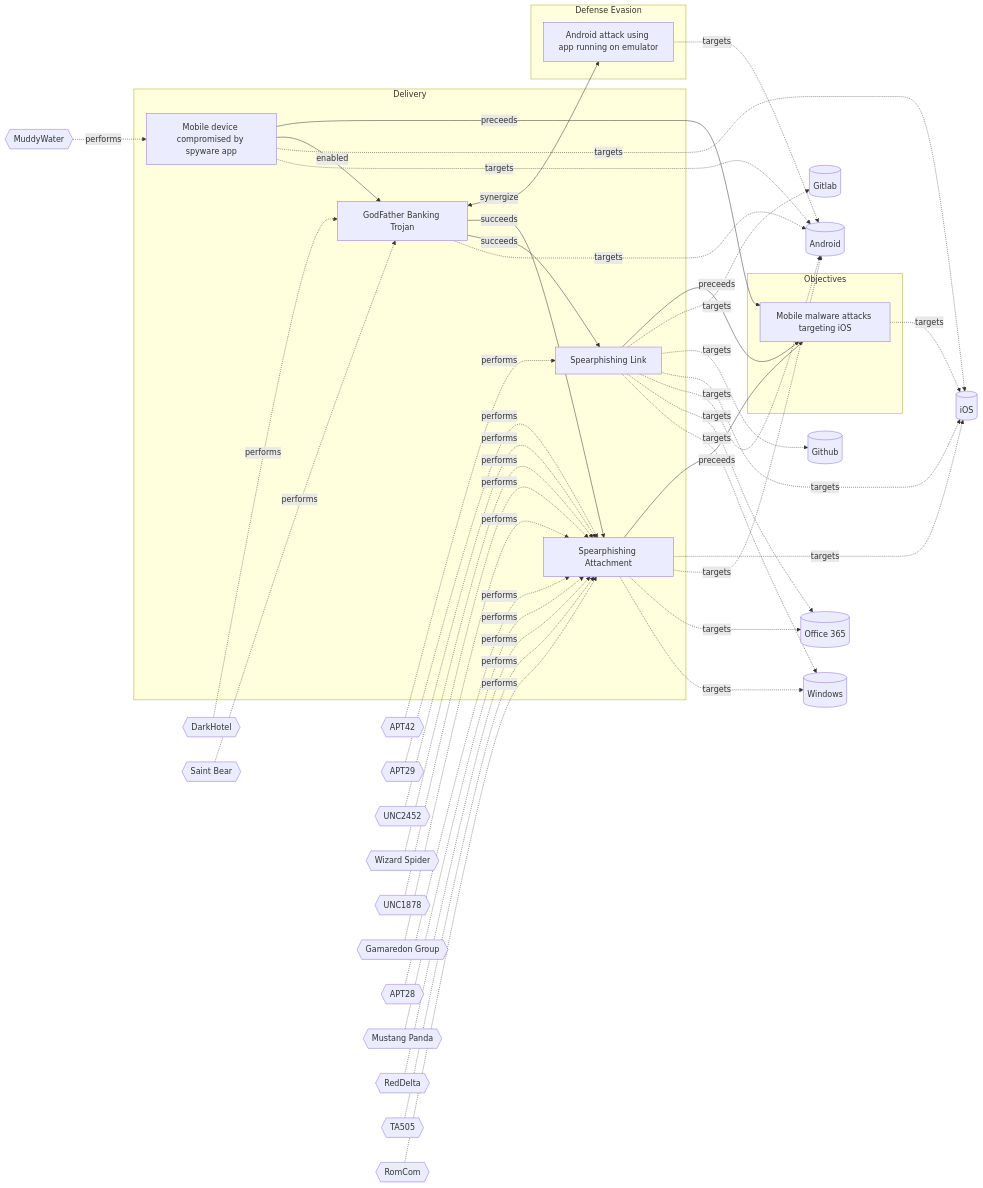
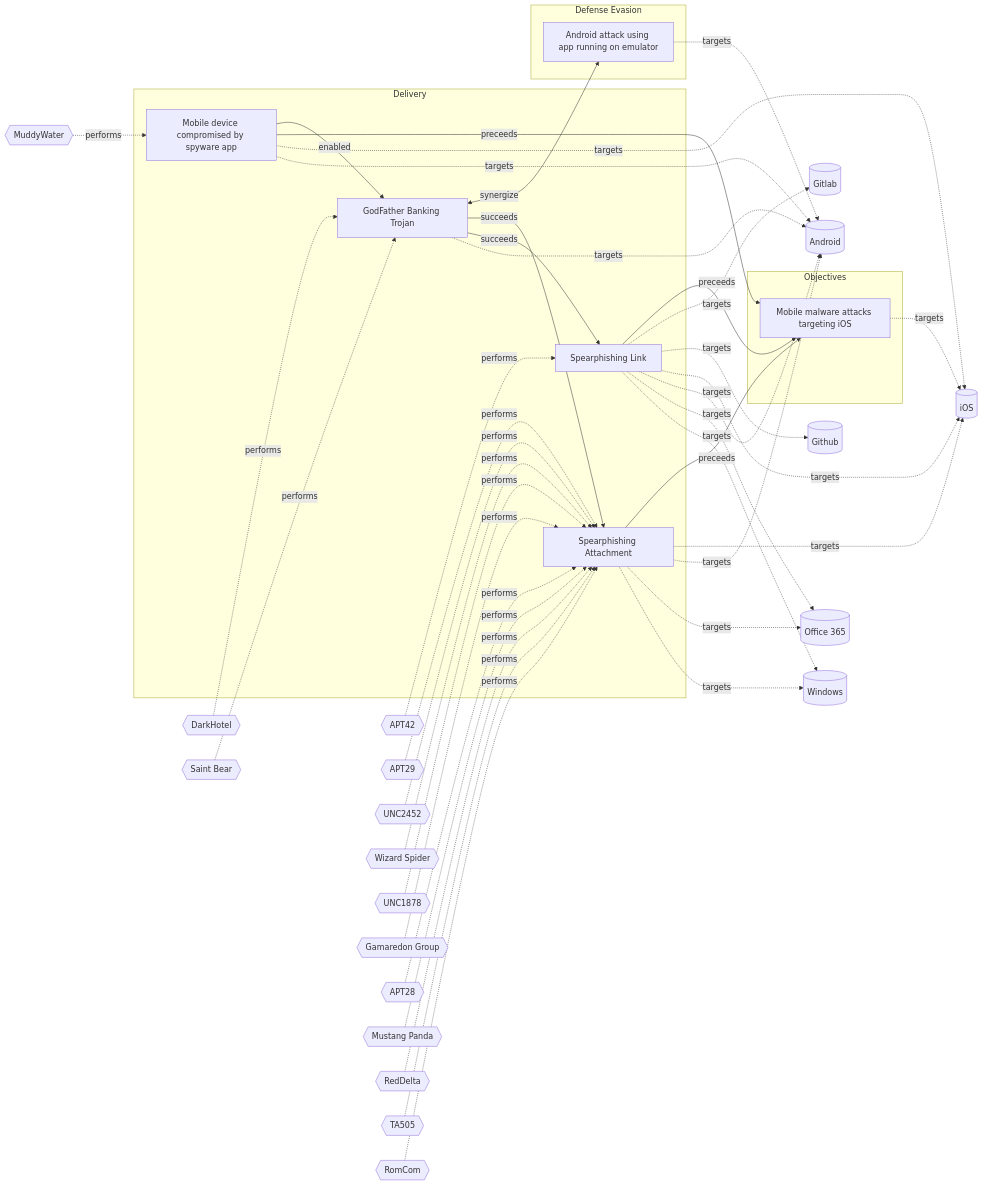
The diagram in Models/Threat Vectors/☣️ Mobile device compromised by spyware app.md (OpenTideHQ/WikiTide), drawn with Mermaid before and after one commit. The commit also changed other lines of this file and 37 other files, not shown here.

````diff
--- a/Models/Threat Vectors/☣️ Mobile device compromised by spyware app.md
+++ b/Models/Threat Vectors/☣️ Mobile device compromised by spyware app.md
@@ -76,34 +76,32 @@
 
 flowchart LR
 
-46a79e6f-3df1-4332-a452-3f1fe83bdaf3[GodFather Banking Trojan]
+ef4ba2bf-dfcb-4b70-8f45-7625baeb96d0[Mobile malware attacks targeting iOS]
 99c78650-8e19-4756-90fb-2573242577ca[Mobile device compromised by spyware app]
 1a68b5eb-0112-424d-a21f-88dda0b6b8df[Spearphishing Link]
 dd5d942c-bac4-4000-b9a6-ca4fef6cfb84[Spearphishing Attachment]
+46a79e6f-3df1-4332-a452-3f1fe83bdaf3[GodFather Banking Trojan]
 4a4a7c81-ca98-4761-8f23-7ef6354e9d1c[Android attack using app running on emulator]
-ef4ba2bf-dfcb-4b70-8f45-7625baeb96d0[Mobile malware attacks targeting iOS]
 
+subgraph Objectives
+ef4ba2bf-dfcb-4b70-8f45-7625baeb96d0
+end
 subgraph Delivery
-46a79e6f-3df1-4332-a452-3f1fe83bdaf3
 99c78650-8e19-4756-90fb-2573242577ca
 1a68b5eb-0112-424d-a21f-88dda0b6b8df
 dd5d942c-bac4-4000-b9a6-ca4fef6cfb84
+46a79e6f-3df1-4332-a452-3f1fe83bdaf3
 end
 subgraph Defense Evasion
 4a4a7c81-ca98-4761-8f23-7ef6354e9d1c
 end
-subgraph Objectives
-ef4ba2bf-dfcb-4b70-8f45-7625baeb96d0
-end
 
+iOS[(iOS)]
 Android[(Android)]
-iOS[(iOS)]
 Windows[(Windows)]
 Office365[(Office 365)]
 Github[(Github)]
 Gitlab[(Gitlab)]
-DarkHotel{{DarkHotel}}
-SaintBear{{Saint Bear}}
 MuddyWater{{MuddyWater}}
 APT42{{APT42}}
 APT29{{APT29}}
@@ -116,8 +114,10 @@
 RedDelta{{RedDelta}}
 TA505{{TA505}}
 RomCom{{RomCom}}
+DarkHotel{{DarkHotel}}
+SaintBear{{Saint Bear}}
 
-46a79e6f-3df1-4332-a452-3f1fe83bdaf3 -.->|targets| Android
+ef4ba2bf-dfcb-4b70-8f45-7625baeb96d0 -.->|targets| iOS
 99c78650-8e19-4756-90fb-2573242577ca -.->|targets| Android
 99c78650-8e19-4756-90fb-2573242577ca -.->|targets| iOS
 1a68b5eb-0112-424d-a21f-88dda0b6b8df -.->|targets| Windows
@@ -130,10 +130,8 @@
 dd5d942c-bac4-4000-b9a6-ca4fef6cfb84 -.->|targets| Office365
 dd5d942c-bac4-4000-b9a6-ca4fef6cfb84 -.->|targets| Android
 dd5d942c-bac4-4000-b9a6-ca4fef6cfb84 -.->|targets| iOS
+46a79e6f-3df1-4332-a452-3f1fe83bdaf3 -.->|targets| Android
 4a4a7c81-ca98-4761-8f23-7ef6354e9d1c -.->|targets| Android
-ef4ba2bf-dfcb-4b70-8f45-7625baeb96d0 -.->|targets| iOS
-DarkHotel -.-> |performs| 46a79e6f-3df1-4332-a452-3f1fe83bdaf3
-SaintBear -.-> |performs| 46a79e6f-3df1-4332-a452-3f1fe83bdaf3
 MuddyWater -.-> |performs| 99c78650-8e19-4756-90fb-2573242577ca
 APT42 -.-> |performs| 1a68b5eb-0112-424d-a21f-88dda0b6b8df
 APT29 -.-> |performs| dd5d942c-bac4-4000-b9a6-ca4fef6cfb84
@@ -146,13 +144,15 @@
 RedDelta -.-> |performs| dd5d942c-bac4-4000-b9a6-ca4fef6cfb84
 TA505 -.-> |performs| dd5d942c-bac4-4000-b9a6-ca4fef6cfb84
 RomCom -.-> |performs| dd5d942c-bac4-4000-b9a6-ca4fef6cfb84
+DarkHotel -.-> |performs| 46a79e6f-3df1-4332-a452-3f1fe83bdaf3
+SaintBear -.-> |performs| 46a79e6f-3df1-4332-a452-3f1fe83bdaf3
 
+99c78650-8e19-4756-90fb-2573242577ca -->|preceeds| ef4ba2bf-dfcb-4b70-8f45-7625baeb96d0
+1a68b5eb-0112-424d-a21f-88dda0b6b8df -->|preceeds| ef4ba2bf-dfcb-4b70-8f45-7625baeb96d0
+dd5d942c-bac4-4000-b9a6-ca4fef6cfb84 -->|preceeds| ef4ba2bf-dfcb-4b70-8f45-7625baeb96d0
 99c78650-8e19-4756-90fb-2573242577ca -->|enabled| 46a79e6f-3df1-4332-a452-3f1fe83bdaf3
 46a79e6f-3df1-4332-a452-3f1fe83bdaf3 -->|succeeds| 1a68b5eb-0112-424d-a21f-88dda0b6b8df
 46a79e6f-3df1-4332-a452-3f1fe83bdaf3 -->|succeeds| dd5d942c-bac4-4000-b9a6-ca4fef6cfb84
 46a79e6f-3df1-4332-a452-3f1fe83bdaf3 <-->|synergize| 4a4a7c81-ca98-4761-8f23-7ef6354e9d1c
-99c78650-8e19-4756-90fb-2573242577ca -->|preceeds| ef4ba2bf-dfcb-4b70-8f45-7625baeb96d0
-1a68b5eb-0112-424d-a21f-88dda0b6b8df -->|preceeds| ef4ba2bf-dfcb-4b70-8f45-7625baeb96d0
-dd5d942c-bac4-4000-b9a6-ca4fef6cfb84 -->|preceeds| ef4ba2bf-dfcb-4b70-8f45-7625baeb96d0
 
 ```
````
